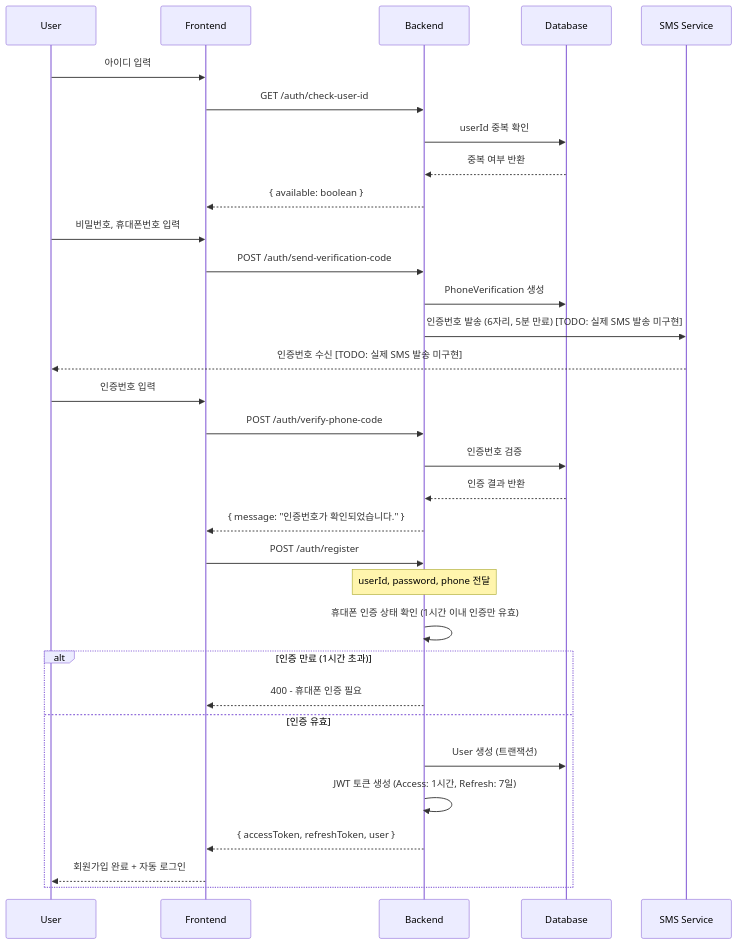
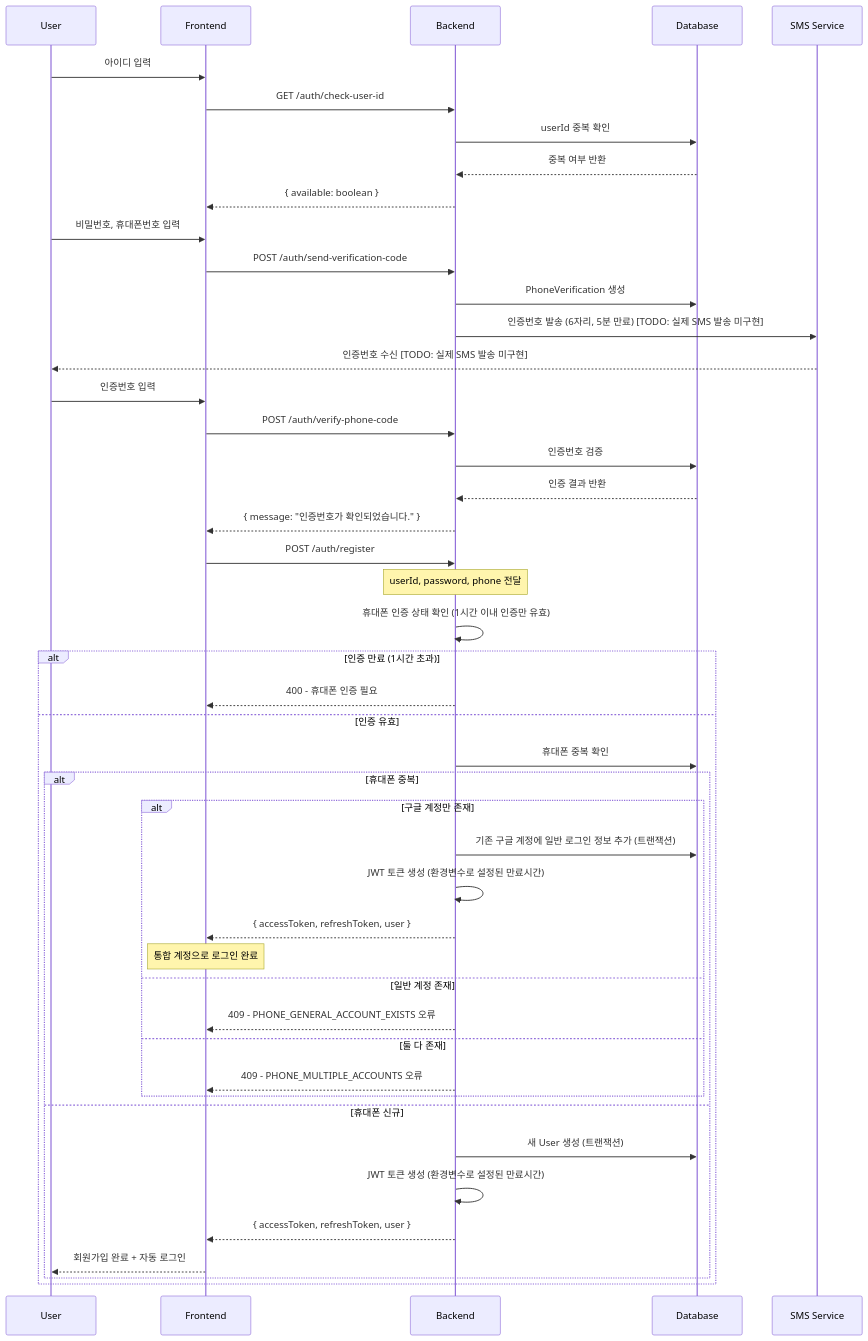
One commit to ServicePlayground/sweet-order changed the second of 9 diagrams in apps/web-user/backend/docs/통합 로그인 및 회원가입 - 가이드.md. Above: the diagram before and after it, drawn with Mermaid. The commit also changed other lines of this file and 4 other files, not shown here.

Commit message:
[WEB-USER][BE][REFAC]: 회원가입 및 구글 로그인 관련 문서 및 코드 수정 - 에러 메시지 추가, JWT 토큰 생성 로직 개선, 사용자 중복 검증 로직 정리

````diff
--- a/apps/web-user/backend/docs/통합 로그인 및 회원가입 - 가이드.md
+++ b/apps/web-user/backend/docs/통합 로그인 및 회원가입 - 가이드.md
@@ -104,38 +104,52 @@
 ```mermaid
 sequenceDiagram
     participant U as User
     participant F as Frontend
     participant B as Backend
     participant DB as Database
     participant SMS as SMS Service
 
     U->>F: 아이디 입력
     F->>B: GET /auth/check-user-id
     B->>DB: userId 중복 확인
     DB-->>B: 중복 여부 반환
     B-->>F: { available: boolean }
 
     U->>F: 비밀번호, 휴대폰번호 입력
     F->>B: POST /auth/send-verification-code
     B->>DB: PhoneVerification 생성
     B->>SMS: 인증번호 발송 (6자리, 5분 만료) [TODO: 실제 SMS 발송 미구현]
     SMS-->>U: 인증번호 수신 [TODO: 실제 SMS 발송 미구현]
 
     U->>F: 인증번호 입력
     F->>B: POST /auth/verify-phone-code
     B->>DB: 인증번호 검증
     DB-->>B: 인증 결과 반환
     B-->>F: { message: "인증번호가 확인되었습니다." }
 
     F->>B: POST /auth/register
     Note over B: userId, password, phone 전달
     B->>B: 휴대폰 인증 상태 확인 (1시간 이내 인증만 유효)
     alt 인증 만료 (1시간 초과)
         B-->>F: 400 - 휴대폰 인증 필요
     else 인증 유효
-        B->>DB: User 생성 (트랜잭션)
-        B->>B: JWT 토큰 생성 (Access: 1시간, Refresh: 7일)
-        B-->>F: { accessToken, refreshToken, user }
-        F-->>U: 회원가입 완료 + 자동 로그인
+        B->>DB: 휴대폰 중복 확인
+        alt 휴대폰 중복
+            alt 구글 계정만 존재
+                B->>DB: 기존 구글 계정에 일반 로그인 정보 추가 (트랜잭션)
+                B->>B: JWT 토큰 생성 (환경변수로 설정된 만료시간)
+                B-->>F: { accessToken, refreshToken, user }
+                Note over F: 통합 계정으로 로그인 완료
+            else 일반 계정 존재
+                B-->>F: 409 - PHONE_GENERAL_ACCOUNT_EXISTS 오류
+            else 둘 다 존재
+                B-->>F: 409 - PHONE_MULTIPLE_ACCOUNTS 오류
+            end
+        else 휴대폰 신규
+            B->>DB: 새 User 생성 (트랜잭션)
+            B->>B: JWT 토큰 생성 (환경변수로 설정된 만료시간)
+            B-->>F: { accessToken, refreshToken, user }
+            F-->>U: 회원가입 완료 + 자동 로그인
+        end
     end
 ```
````
